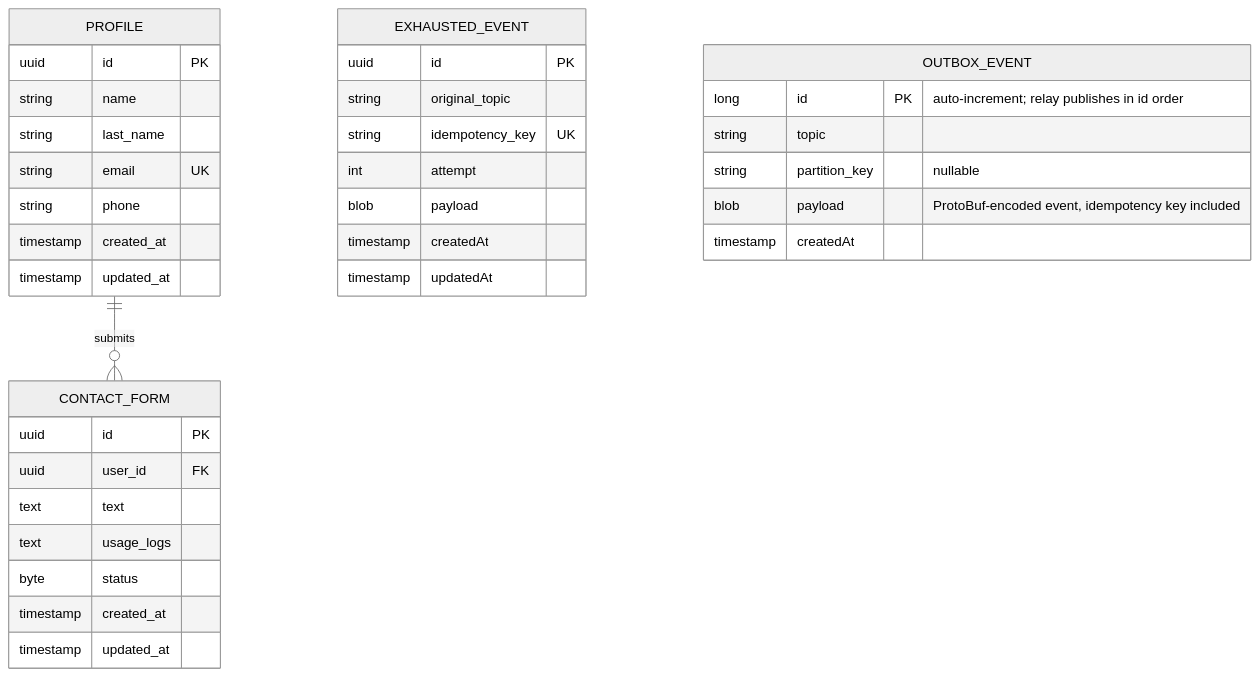
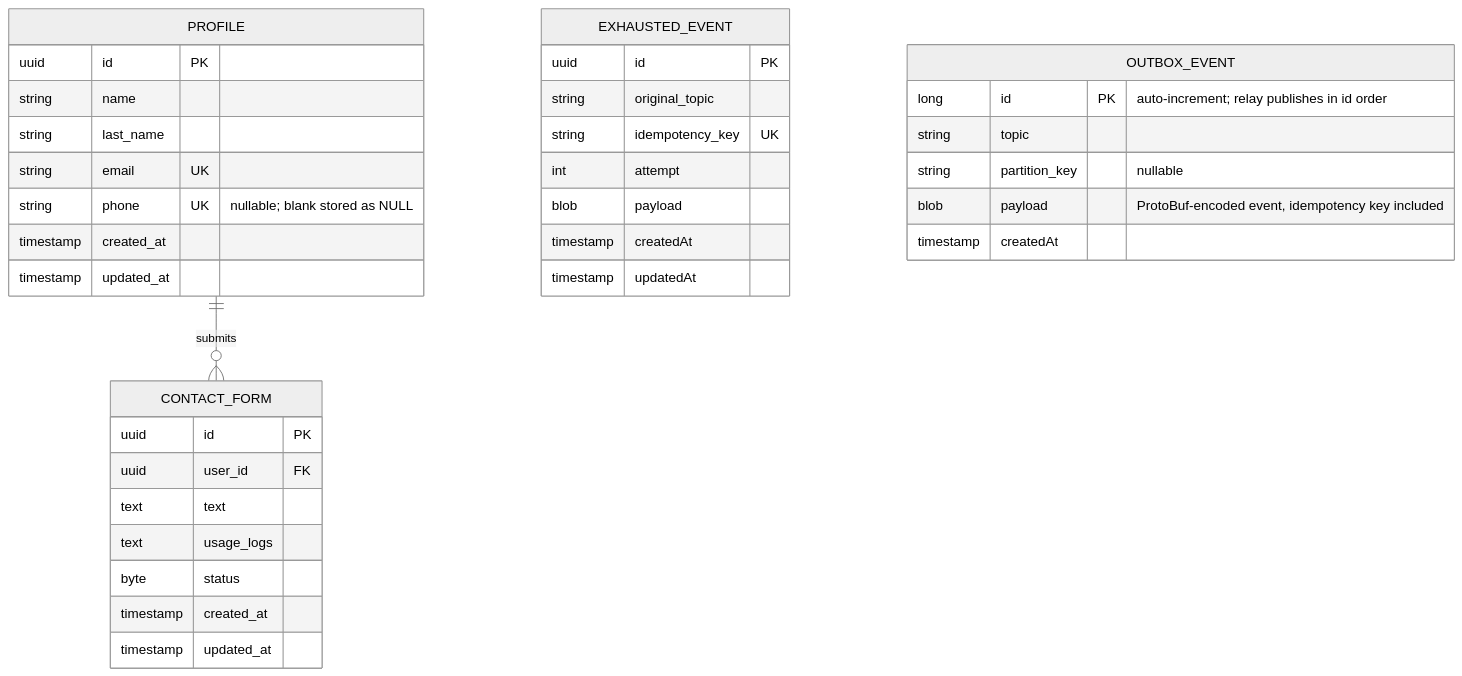
The diagram in docs/database/user.md (nocturneproperties/bookkme), drawn with Mermaid (neutral theme) before and after one commit. The commit also changed 69 other files, not shown here.

````diff
--- a/docs/database/user.md
+++ b/docs/database/user.md
@@ -7,42 +7,42 @@
 ```mermaid
 erDiagram
     PROFILE ||--o{ CONTACT_FORM : "submits"
 
     PROFILE {
         uuid id PK
         string name
         string last_name
         string email UK
-        string phone
+        string phone UK "nullable; blank stored as NULL"
         timestamp created_at
         timestamp updated_at
     }
 
     CONTACT_FORM {
         uuid id PK
         uuid user_id FK
         text text
         text usage_logs
         byte status
         timestamp created_at
         timestamp updated_at
     }
 
     EXHAUSTED_EVENT {
         uuid id PK
         string original_topic
         string idempotency_key UK
         int attempt
         blob payload
         timestamp createdAt
         timestamp updatedAt
     }
 
     OUTBOX_EVENT {
         long id PK "auto-increment; relay publishes in id order"
         string topic
         string partition_key "nullable"
         blob payload "ProtoBuf-encoded event, idempotency key included"
         timestamp createdAt
     }
 ```
````
